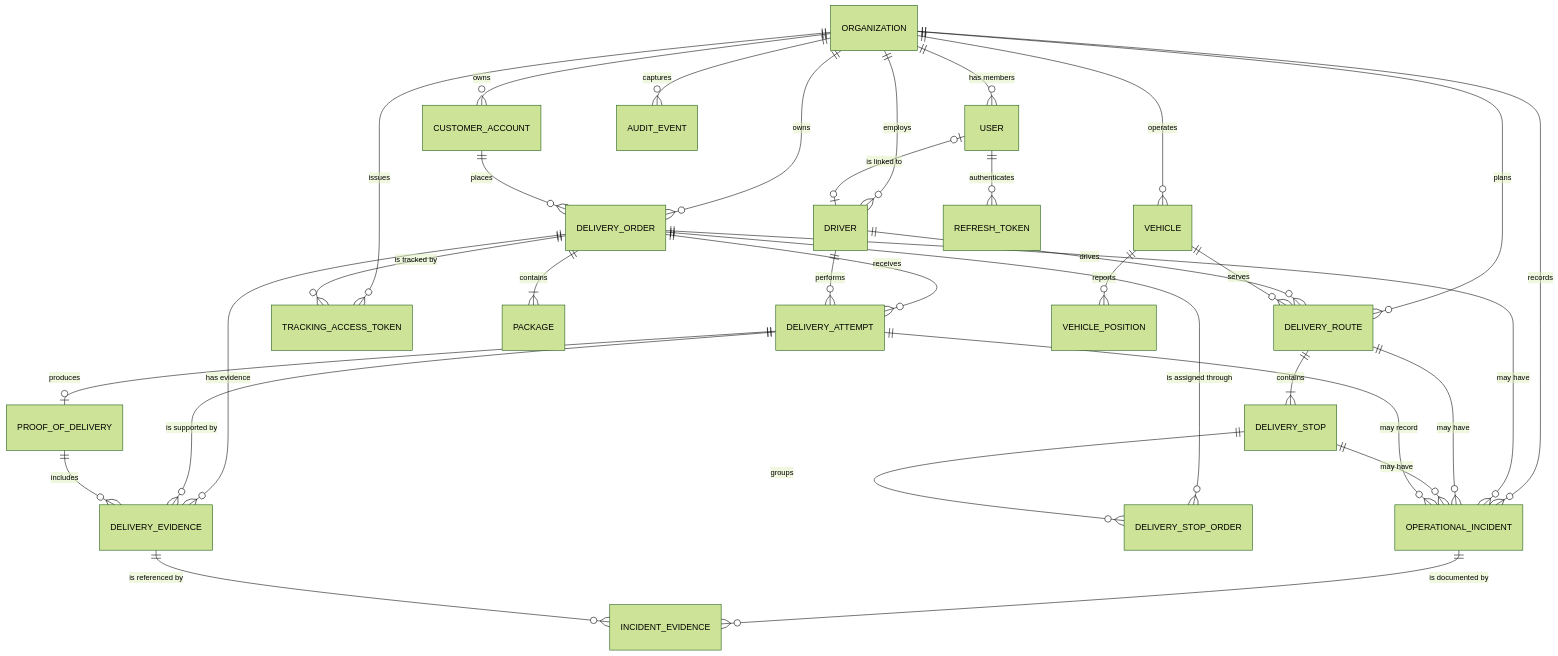
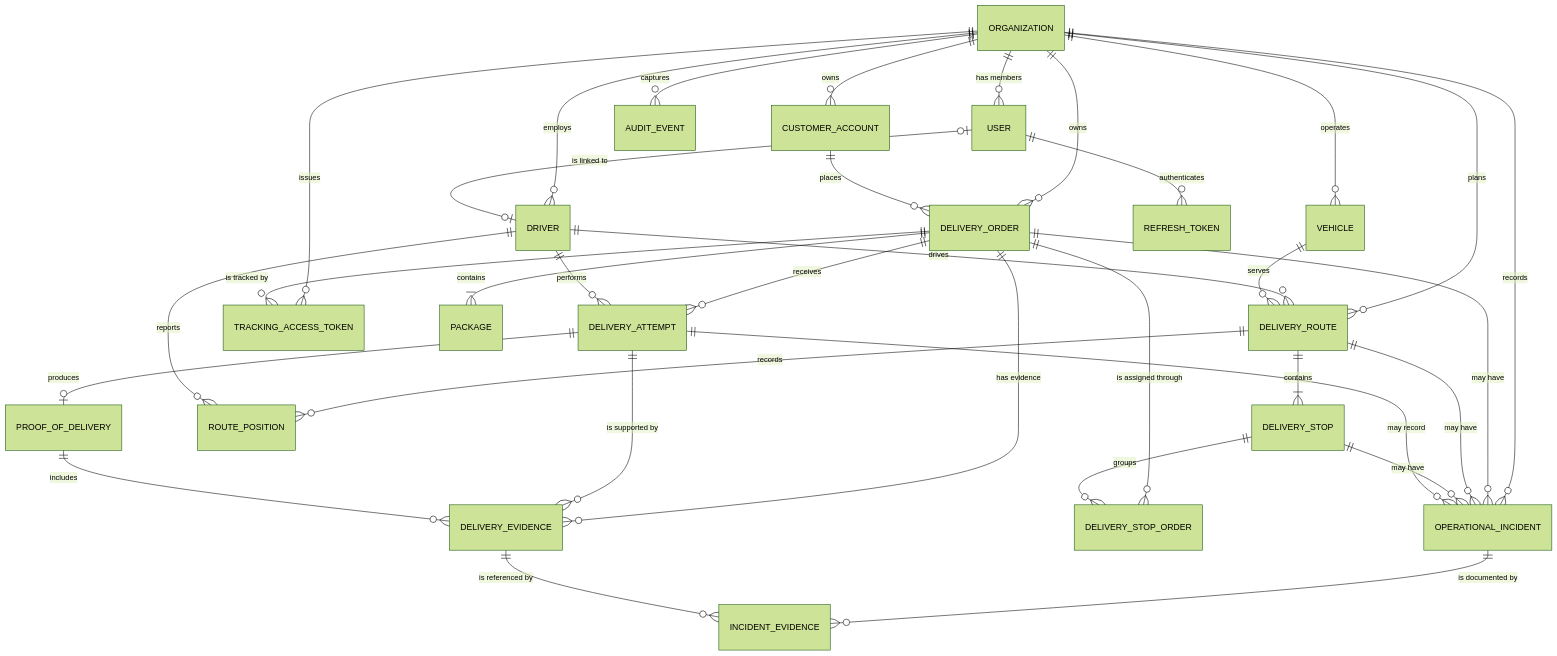
The diagram in docs/architecture/data-model.md (YordyBl/erp-logistic-gps), drawn with Mermaid (forest theme) before and after one commit. The commit also changed other lines of this file and 170 other files, not shown here.

````diff
--- a/docs/architecture/data-model.md
+++ b/docs/architecture/data-model.md
@@ -35,42 +35,43 @@
 ```mermaid
 erDiagram
     ORGANIZATION ||--o{ USER : "has members"
     ORGANIZATION ||--o{ CUSTOMER_ACCOUNT : owns
     ORGANIZATION ||--o{ DRIVER : employs
     ORGANIZATION ||--o{ VEHICLE : operates
     ORGANIZATION ||--o{ DELIVERY_ORDER : owns
     ORGANIZATION ||--o{ DELIVERY_ROUTE : plans
     ORGANIZATION ||--o{ OPERATIONAL_INCIDENT : records
     ORGANIZATION ||--o{ TRACKING_ACCESS_TOKEN : issues
     ORGANIZATION ||--o{ AUDIT_EVENT : captures
 
     USER ||--o{ REFRESH_TOKEN : authenticates
     USER |o--o| DRIVER : "is linked to"
 
     CUSTOMER_ACCOUNT ||--o{ DELIVERY_ORDER : places
 
     DELIVERY_ORDER ||--|{ PACKAGE : contains
     DELIVERY_ORDER ||--o{ DELIVERY_ATTEMPT : receives
     DELIVERY_ORDER ||--o{ DELIVERY_STOP_ORDER : "is assigned through"
     DELIVERY_ORDER ||--o{ DELIVERY_EVIDENCE : "has evidence"
     DELIVERY_ORDER ||--o{ TRACKING_ACCESS_TOKEN : "is tracked by"
     DELIVERY_ORDER ||--o{ OPERATIONAL_INCIDENT : "may have"
 
     DELIVERY_ROUTE ||--|{ DELIVERY_STOP : contains
     DELIVERY_STOP ||--o{ DELIVERY_STOP_ORDER : groups
     DELIVERY_ROUTE ||--o{ OPERATIONAL_INCIDENT : "may have"
     DELIVERY_STOP ||--o{ OPERATIONAL_INCIDENT : "may have"
 
     DRIVER ||--o{ DELIVERY_ROUTE : drives
     VEHICLE ||--o{ DELIVERY_ROUTE : serves
-    VEHICLE ||--o{ VEHICLE_POSITION : reports
+    DELIVERY_ROUTE ||--o{ ROUTE_POSITION : records
+    DRIVER ||--o{ ROUTE_POSITION : reports
     DRIVER ||--o{ DELIVERY_ATTEMPT : performs
 
     DELIVERY_ATTEMPT ||--o| PROOF_OF_DELIVERY : produces
     DELIVERY_ATTEMPT ||--o{ DELIVERY_EVIDENCE : "is supported by"
     PROOF_OF_DELIVERY ||--o{ DELIVERY_EVIDENCE : includes
     DELIVERY_ATTEMPT ||--o{ OPERATIONAL_INCIDENT : "may record"
 
     OPERATIONAL_INCIDENT ||--o{ INCIDENT_EVIDENCE : "is documented by"
     DELIVERY_EVIDENCE ||--o{ INCIDENT_EVIDENCE : "is referenced by"
 ```
````
